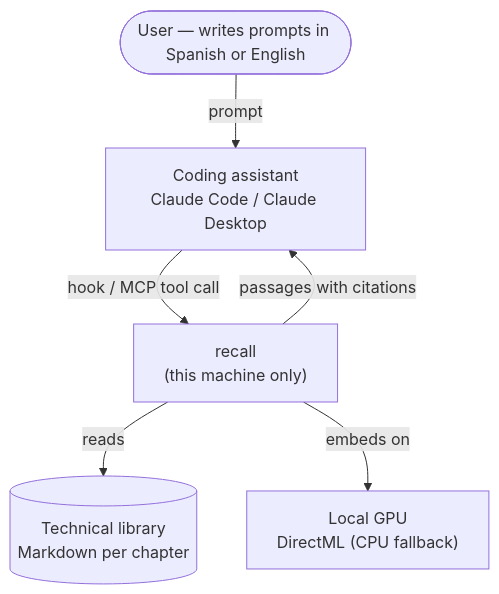
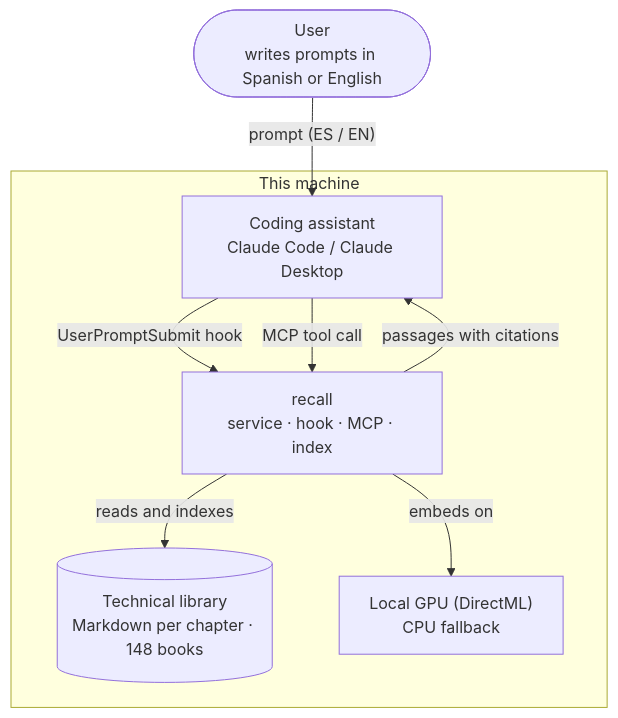
The first of 6 diagrams in docs/architecture.md (andreshma/recall), drawn with Mermaid before and after one commit. The commit also changed other lines of this file and 20 other files, not shown here.

````diff
--- a/docs/architecture.md
+++ b/docs/architecture.md
@@ -11,14 +25,17 @@
 ```mermaid
-flowchart TD
-    user([User — writes prompts in Spanish or English])
-    assistant["Coding assistant<br/>Claude Code / Claude Desktop"]
-    recall["recall<br/>(this machine only)"]
-    books[("Technical library<br/>Markdown per chapter")]
-    gpu["Local GPU<br/>DirectML (CPU fallback)"]
+flowchart TB
+    user(["User<br/>writes prompts in Spanish or English"])
+    subgraph host["This machine"]
+        assistant["Coding assistant<br/>Claude Code / Claude Desktop"]
+        recall["recall<br/>service · hook · MCP · index"]
+        library[("Technical library<br/>Markdown per chapter · 148 books")]
+        gpu["Local GPU (DirectML)<br/>CPU fallback"]
+    end
 
-    user -- "prompt" --> assistant
-    assistant -- "hook / MCP tool call" --> recall
+    user -- "prompt (ES / EN)" --> assistant
+    assistant -- "UserPromptSubmit hook" --> recall
+    assistant -- "MCP tool call" --> recall
     recall -- "passages with citations" --> assistant
-    recall -- "reads" --> books
+    recall -- "reads and indexes" --> library
     recall -- "embeds on" --> gpu
 ```
````
